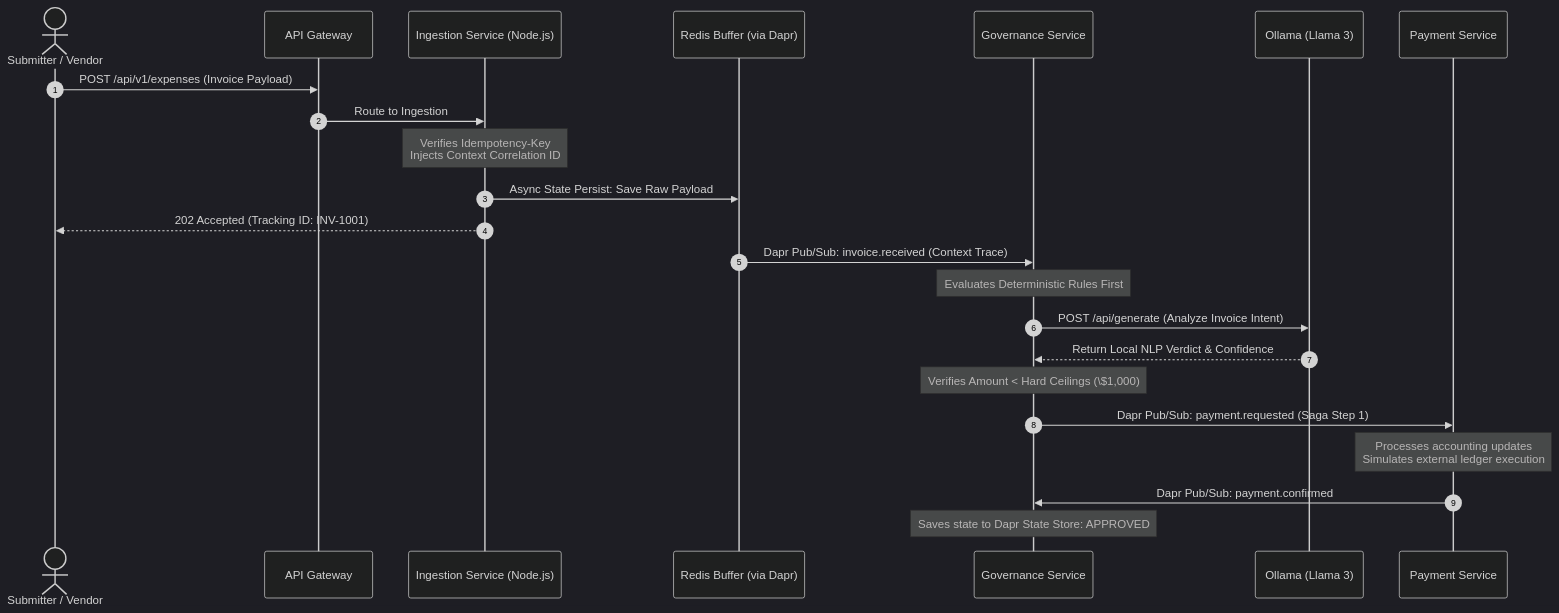
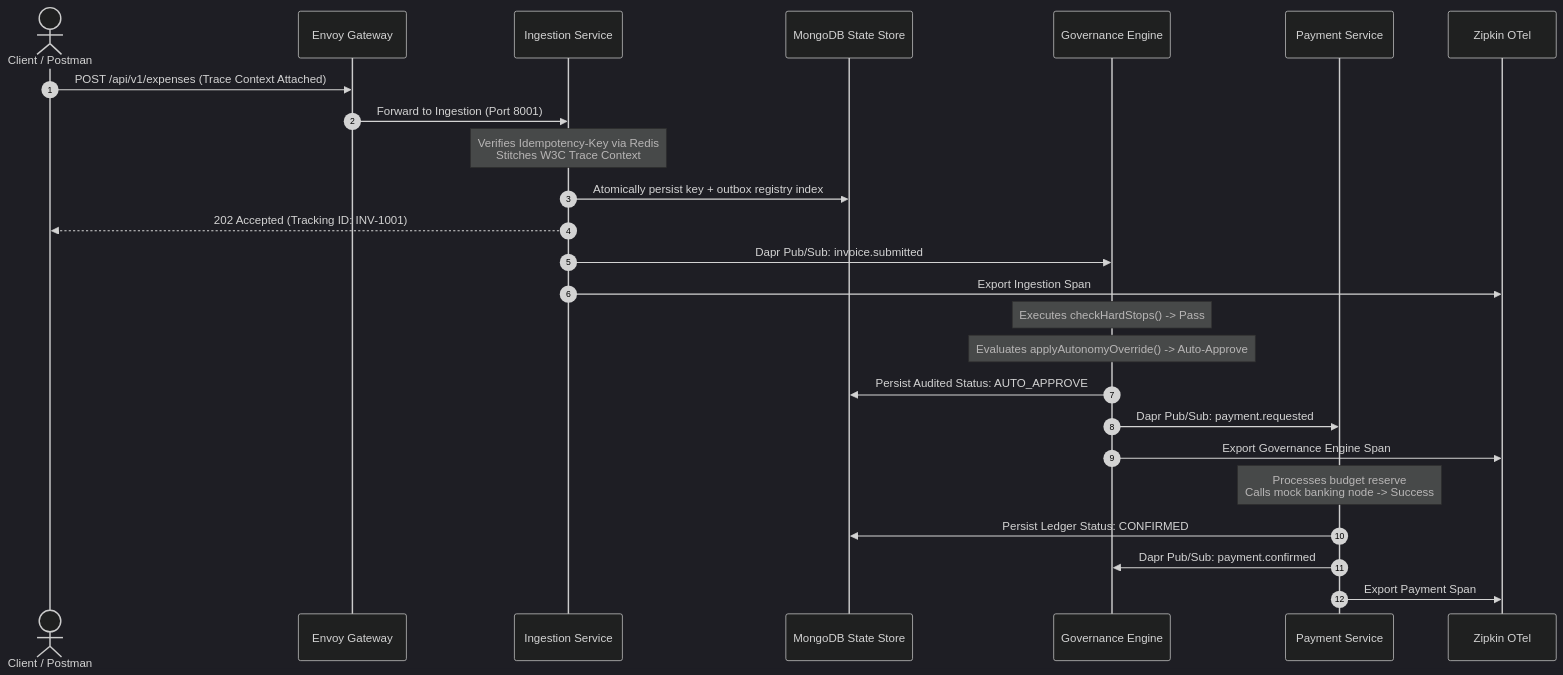
The second of 4 diagrams in docs/ARCHITECTURE.md (roman-shneer/InvoiceApprovalFlow), drawn with Mermaid (dark theme) before and after one commit. The commit also changed other lines of this file, not shown here.

Commit message:
docs(architecture): completely overhaul system specifications diagrams and limits to reflect opentelemetry and gateway filters implementations

````diff
--- a/docs/ARCHITECTURE.md
+++ b/docs/ARCHITECTURE.md
@@ -65,30 +67,32 @@
 ```mermaid
 sequenceDiagram
     autonumber
-    actor Vendor as Submitter / Vendor
-    participant GW as API Gateway
-    participant IS as Ingestion Service (Node.js)
-    participant R as Redis Buffer (via Dapr)
-    participant GS as Governance Service
-    participant OL as Ollama (Llama 3)
+    actor Client as Client / Postman
+    participant Envoy as Envoy Gateway
+    participant IS as Ingestion Service
+    participant DB as MongoDB State Store
+    participant GS as Governance Engine
     participant PS as Payment Service
+    participant ZK as Zipkin OTel
 
-    Vendor->>GW: POST /api/v1/expenses (Invoice Payload)
-    GW->>IS: Route to Ingestion
-    Note over IS: Verifies Idempotency-Key<br/>Injects Context Correlation ID
-    IS->>R: Async State Persist: Save Raw Payload
-    IS-->>Vendor: 202 Accepted (Tracking ID: INV-1001)
+    Client->>Envoy: POST /api/v1/expenses (Trace Context Attached)
+    Envoy->>IS: Forward to Ingestion (Port 8001)
+    Note over IS: Verifies Idempotency-Key via Redis<br/>Stitches W3C Trace Context
+    IS->>DB: Atomically persist key + outbox registry index
+    IS-->>Client: 202 Accepted (Tracking ID: INV-1001)
     
-    R->>GS: Dapr Pub/Sub: invoice.received (Context Trace)
+    IS->>GS: Dapr Pub/Sub: invoice.submitted
+    IS->>ZK: Export Ingestion Span
     
-    Note over GS: Evaluates Deterministic Rules First
-    GS->>OL: POST /api/generate (Analyze Invoice Intent)
-    OL-->>GS: Return Local NLP Verdict & Confidence
-    Note over GS: Verifies Amount < Hard Ceilings (\$1,000)
+    Note over GS: Executes checkHardStops() -> Pass
+    Note over GS: Evaluates applyAutonomyOverride() -> Auto-Approve
+    GS->>DB: Persist Audited Status: AUTO_APPROVE
     
-    GS->>PS: Dapr Pub/Sub: payment.requested (Saga Step 1)
+    GS->>PS: Dapr Pub/Sub: payment.requested
+    GS->>ZK: Export Governance Engine Span
     
-    Note over PS: Processes accounting updates<br/>Simulates external ledger execution
+    Note over PS: Processes budget reserve<br/>Calls mock banking node -> Success
+    PS->>DB: Persist Ledger Status: CONFIRMED
     PS->>GS: Dapr Pub/Sub: payment.confirmed
-    Note over GS: Saves state to Dapr State Store: APPROVED
+    PS->>ZK: Export Payment Span
 ```
````
